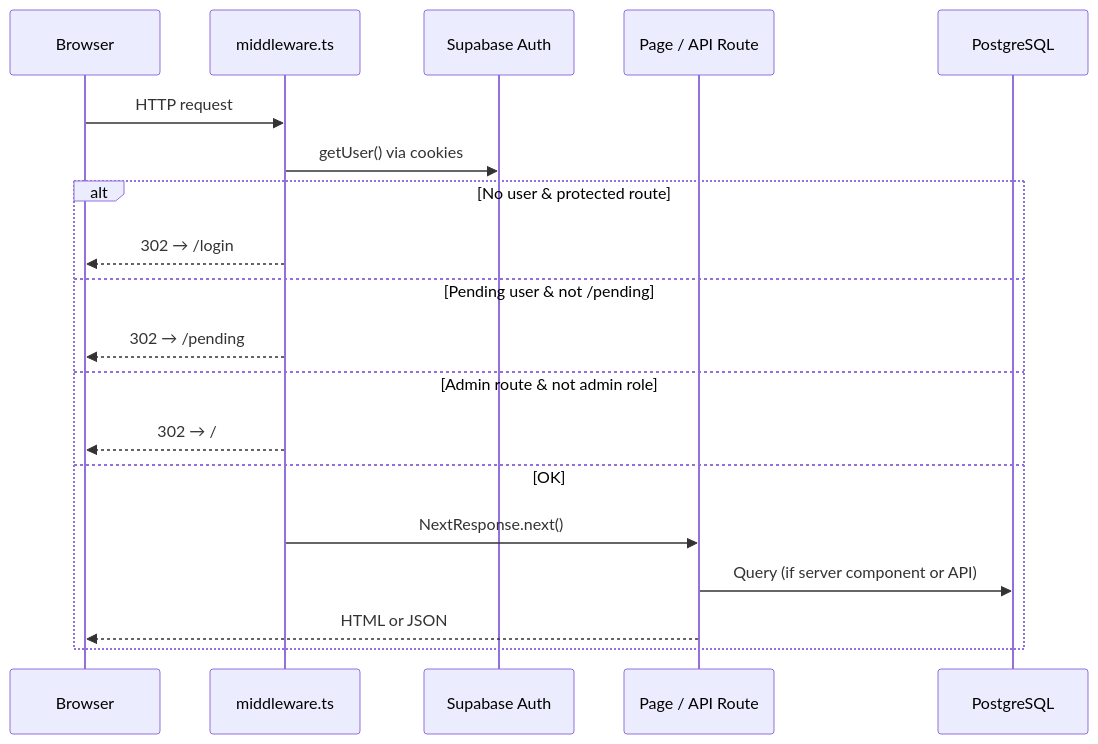
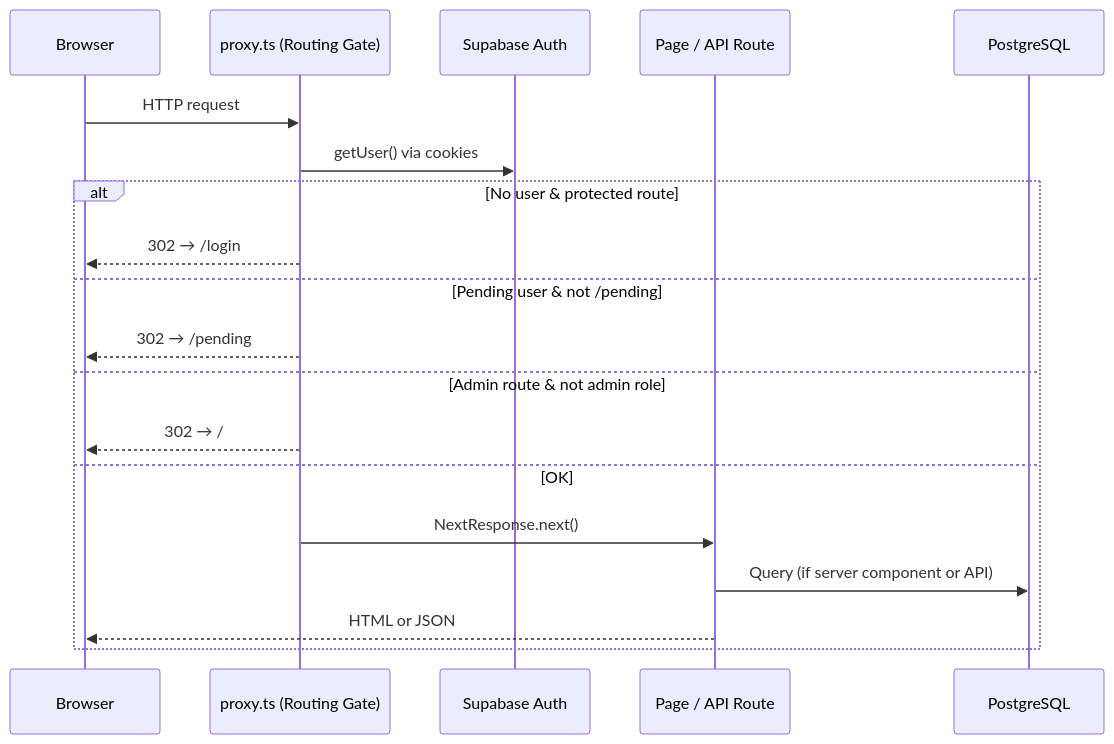
One commit to Ssaammmmiitt/Skim changed the first of 4 diagrams in docs/dashboard.md. Above: the diagram before and after it, drawn with Mermaid. The commit also changed other lines of this file and 9 other files, not shown here.

````diff
--- a/docs/dashboard.md
+++ b/docs/dashboard.md
@@ -127,22 +139,22 @@
 ```mermaid
 sequenceDiagram
     participant B as Browser
-    participant M as middleware.ts
+    participant M as proxy.ts (Routing Gate)
     participant S as Supabase Auth
     participant P as Page / API Route
     participant DB as PostgreSQL
 
     B->>M: HTTP request
     M->>S: getUser() via cookies
     alt No user & protected route
         M-->>B: 302 → /login
     else Pending user & not /pending
         M-->>B: 302 → /pending
     else Admin route & not admin role
         M-->>B: 302 → /
     else OK
         M->>P: NextResponse.next()
         P->>DB: Query (if server component or API)
         P-->>B: HTML or JSON
     end
 ```
````
